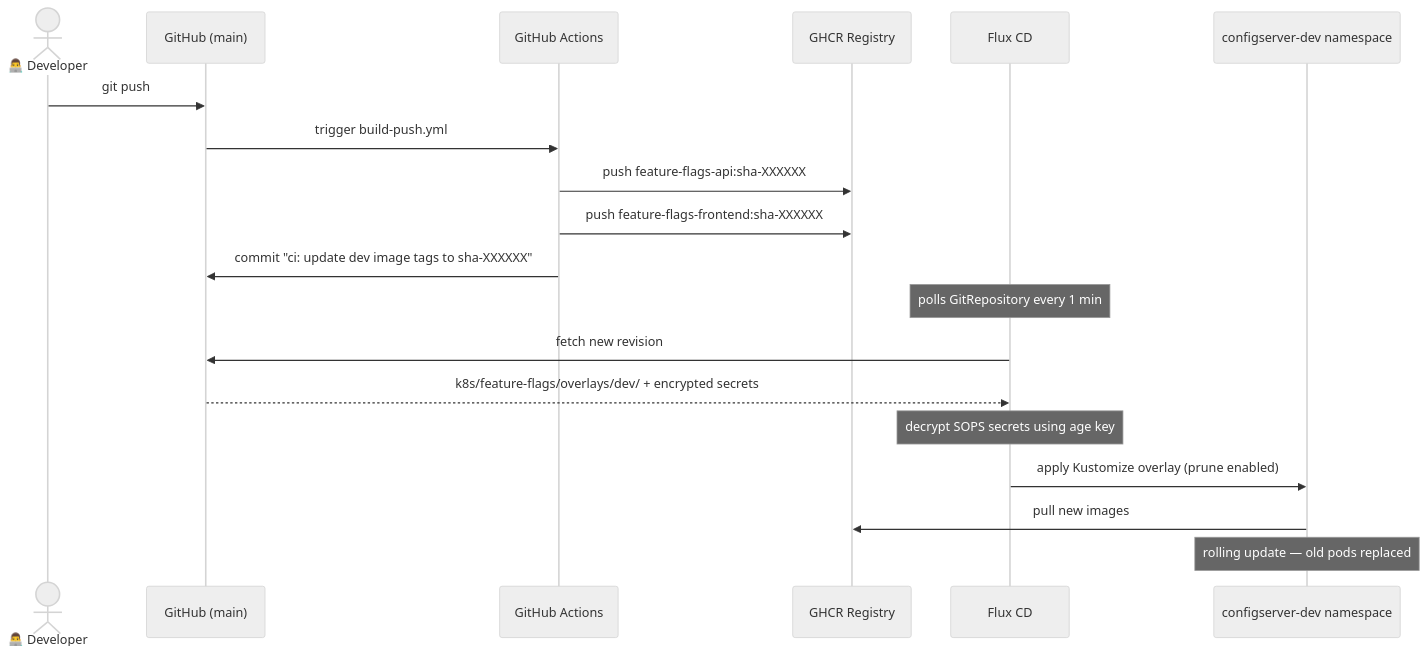
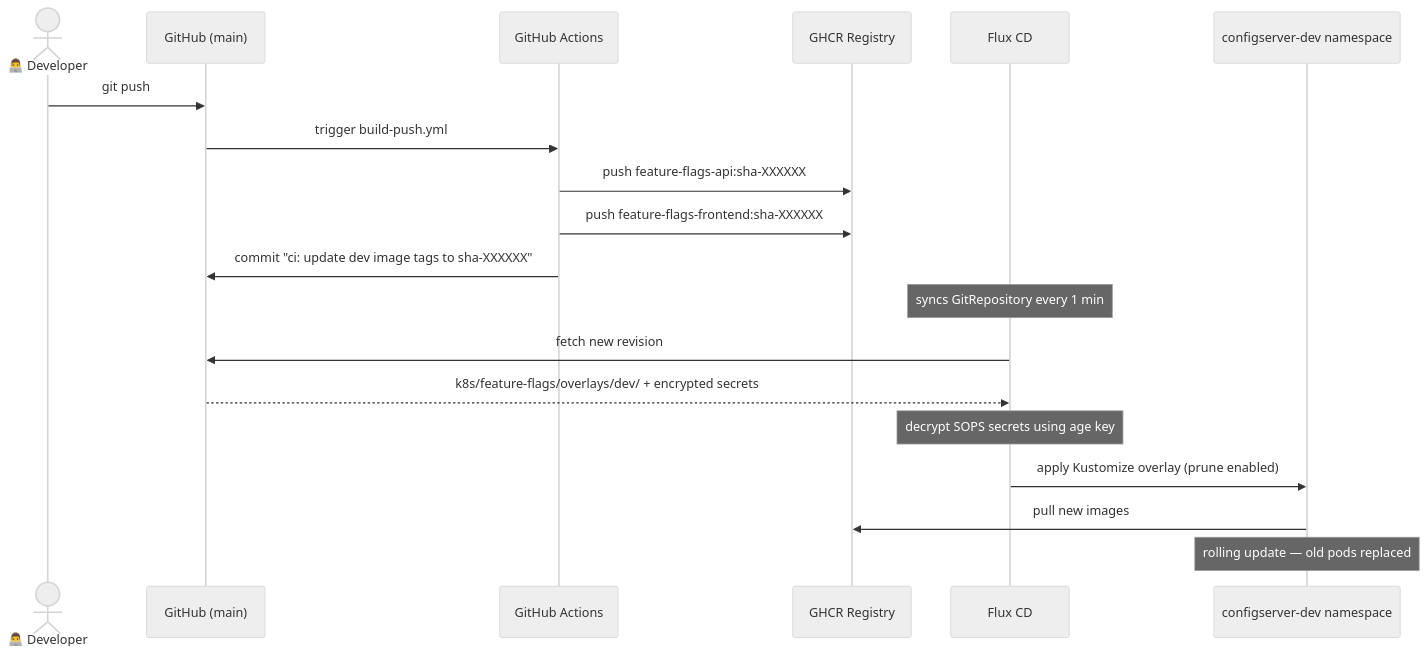
One commit to pmiloszz/ConfigServer changed the diagram in README.md. Above: the diagram before and after it, drawn with Mermaid (neutral theme). The commit also changed other lines of this file and 2 other files, not shown here.

First line of the commit message:
docs: update README and add GitOps diagrams

````diff
--- a/README.md
+++ b/README.md
@@ -298,23 +300,23 @@
 ```mermaid
 sequenceDiagram
     actor Dev as 👨‍💻 Developer
     participant GH as GitHub (main)
     participant CI as GitHub Actions
     participant GHCR as GHCR Registry
     participant Flux as Flux CD
     participant K8s as configserver-dev namespace
 
     Dev->>GH: git push
     GH->>CI: trigger build-push.yml
     CI->>GHCR: push feature-flags-api:sha-XXXXXX
     CI->>GHCR: push feature-flags-frontend:sha-XXXXXX
     CI->>GH: commit "ci: update dev image tags to sha-XXXXXX"
 
-    Note over Flux: polls GitRepository every 1 min
+    Note over Flux: syncs GitRepository every 1 min
     Flux->>GH: fetch new revision
     GH-->>Flux: k8s/feature-flags/overlays/dev/ + encrypted secrets
     Note over Flux: decrypt SOPS secrets using age key
     Flux->>K8s: apply Kustomize overlay (prune enabled)
     K8s->>GHCR: pull new images
     Note over K8s: rolling update — old pods replaced
 ```
````
